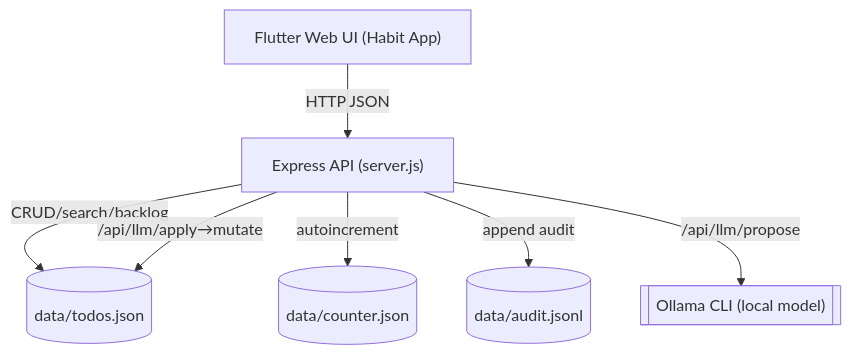
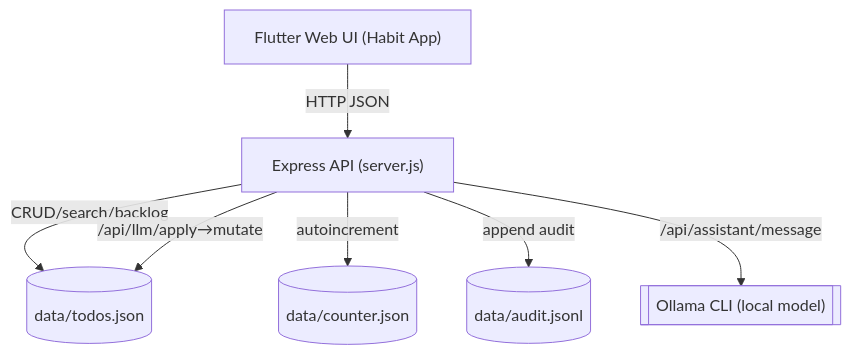
The first of 3 diagrams in docs/handbook/architecture.md (dantheman454/habit_app), drawn with Mermaid before and after one commit. The commit also changed other lines of this file and 15 other files, not shown here.

Commit message:
refactor: enhance assistant chat functionality by integrating transcript handling and streaming summary; update LLM prompts for improved operation generation and validation

````diff
--- a/docs/handbook/architecture.md
+++ b/docs/handbook/architecture.md
@@ -5,9 +5,9 @@
 ```mermaid
 graph TD
   A["Flutter Web UI (Habit App)"] -->|HTTP JSON| B["Express API (server.js)"]
   B -->|CRUD/search/backlog| C[("data/todos.json")]
   B -->|autoincrement| D[("data/counter.json")]
   B -->|append audit| E[("data/audit.jsonl")]
-  B -->|/api/llm/propose| F[["Ollama CLI (local model)"]]
+  B -->|/api/assistant/message| F[["Ollama CLI (local model)"]]
   B -->|/api/llm/apply→mutate| C
 ```
````
